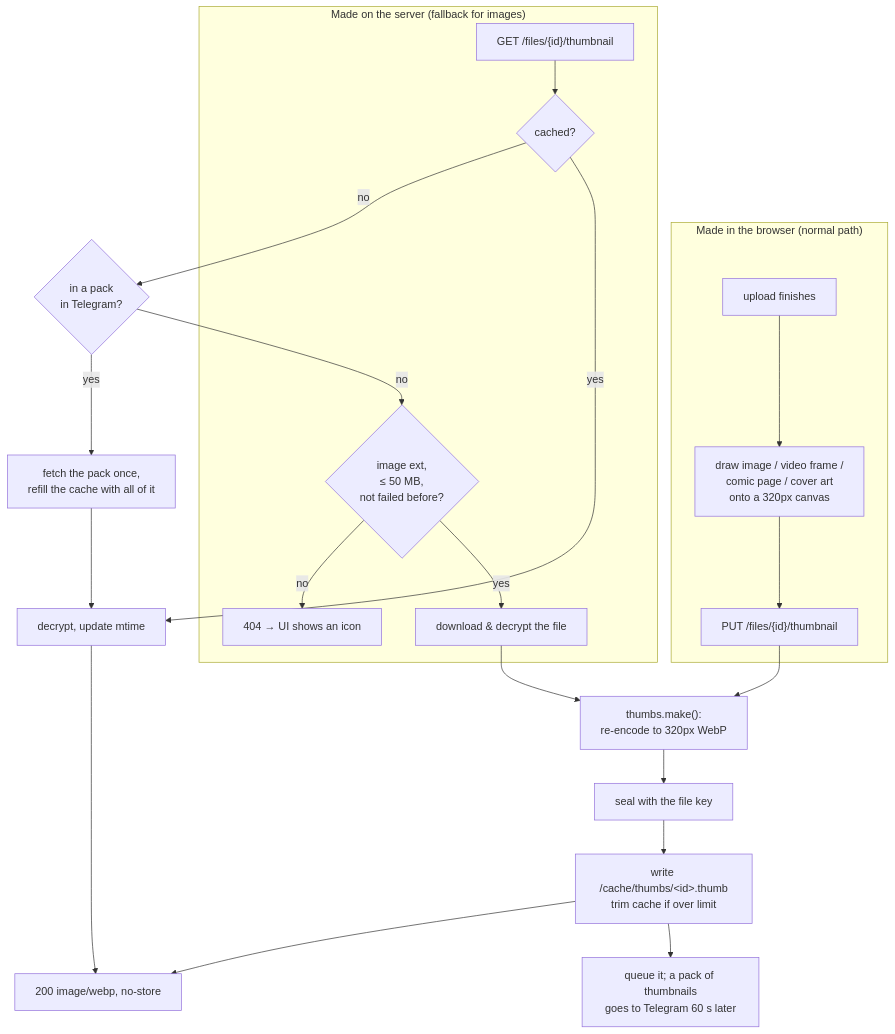
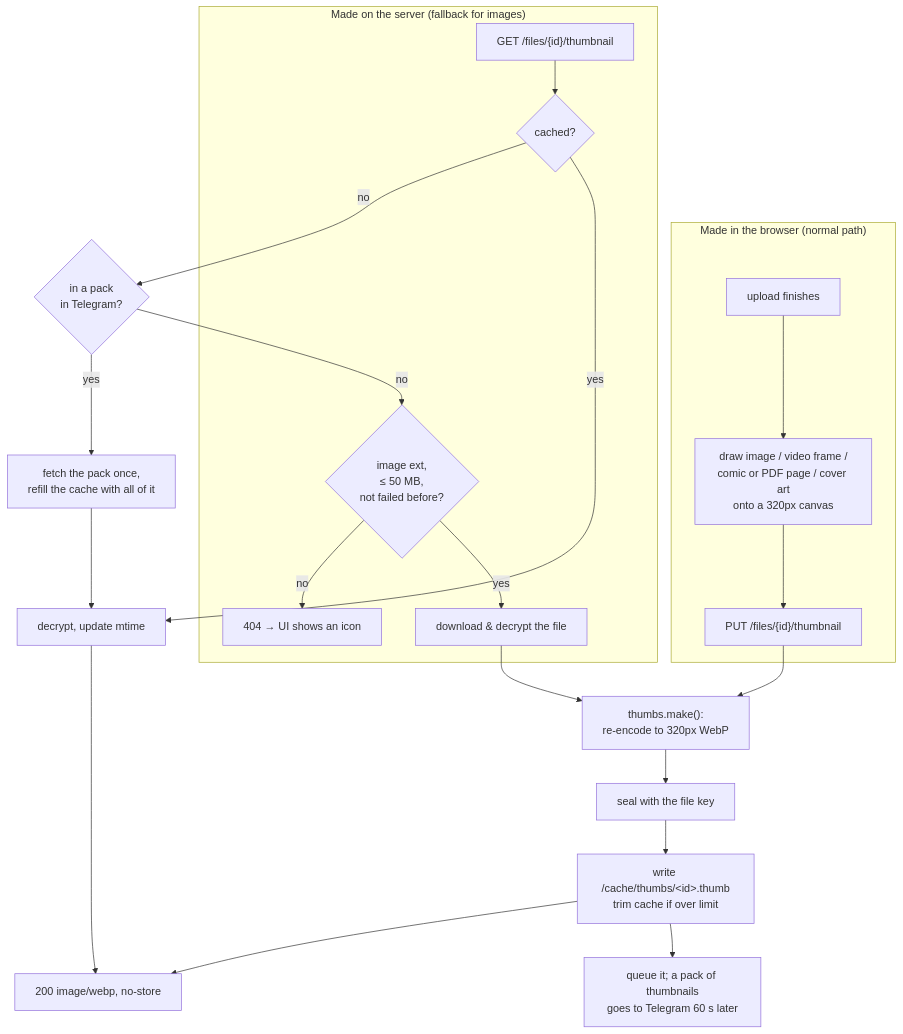
Before and after one commit to iusekarma/tgdrive: the ninth of 11 diagrams in docs/flows.md, drawn with Mermaid. The commit also changed other lines of this file and 14 other files, not shown here.

````diff
--- a/docs/flows.md
+++ b/docs/flows.md
@@ -250,21 +250,21 @@
 ```mermaid
 flowchart TD
     subgraph BR["Made in the browser (normal path)"]
-        U1["upload finishes"] --> U2["draw image / video frame /<br/>comic page / cover art<br/>onto a 320px canvas"] --> U3["PUT /files/{id}/thumbnail"]
+        U1["upload finishes"] --> U2["draw image / video frame /<br/>comic or PDF page / cover art<br/>onto a 320px canvas"] --> U3["PUT /files/{id}/thumbnail"]
     end
     subgraph SV["Made on the server (fallback for images)"]
         G1["GET /files/{id}/thumbnail"] --> G2{"cached?"}
         G3{"image ext,<br/>≤ 50 MB,<br/>not failed before?"}
         G3 -- no --> G404["404 → UI shows an icon"]
         G3 -- yes --> G4["download & decrypt the file"]
     end
     U3 --> M
     G4 --> M["thumbs.make():<br/>re-encode to 320px WebP"]
     M --> E["seal with the file key"] --> W["write /cache/thumbs/&lt;id&gt;.thumb<br/>trim cache if over limit"]
     G2 -- no --> TG{"in a pack<br/>in Telegram?"}
     TG -- yes --> P["fetch the pack once,<br/>refill the cache with all of it"] --> D
     TG -- no --> G3
     G2 -- yes --> D["decrypt, update mtime"] --> OUT["200 image/webp, no-store"]
     W --> OUT
     W --> Q["queue it; a pack of thumbnails<br/>goes to Telegram 60 s later"]
 ```
````
